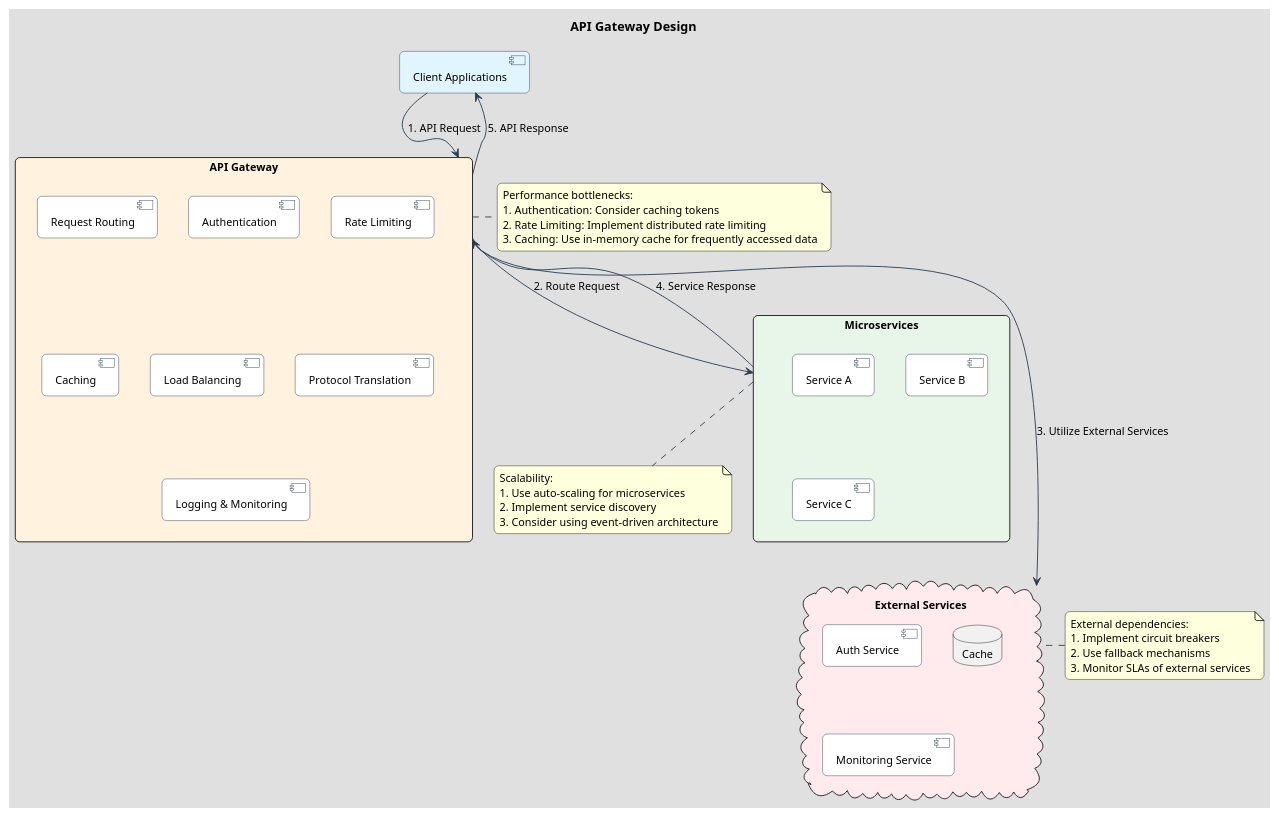
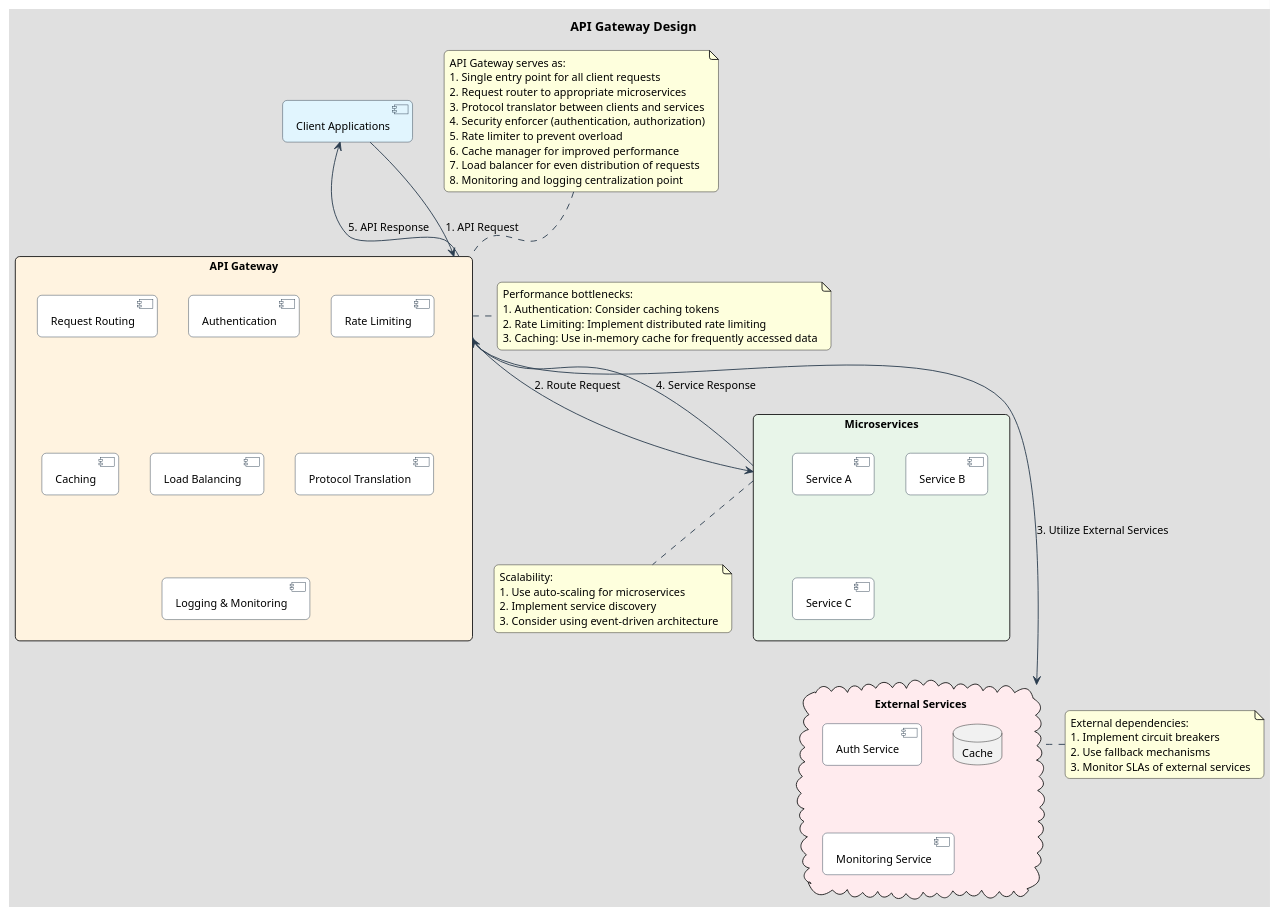
One commit to huangyingw/system_design changed the diagram in api_gateway_design.puml. Above: the diagram before and after it, drawn with PlantUML.

```diff
--- a/api_gateway_design.puml
+++ b/api_gateway_design.puml
@@ -1,70 +1,82 @@
 @startuml API Gateway Design
 
 allowmixing
 
 skinparam {
     backgroundColor #E0E0E0
     handwritten false
     defaultFontName Arial
     defaultFontSize 12
     roundcorner 10
     shadowing false
     ArrowColor #2C3E50
     ComponentBorderColor #2C3E50
     ComponentBackgroundColor #FFFFFF
 }
 
 title API Gateway Design
 
 component "Client Applications" as Client #E1F5FE
 
 rectangle "API Gateway" as Gateway #FFF3E0 {
     component "Request Routing" as Routing
     component "Authentication" as Auth
     component "Rate Limiting" as RateLimit
     component "Caching" as Cache
     component "Load Balancing" as LoadBalance
     component "Protocol Translation" as Protocol
     component "Logging & Monitoring" as Logging
 }
 
 rectangle "Microservices" as Services #E8F5E9 {
     component "Service A" as ServiceA
     component "Service B" as ServiceB
     component "Service C" as ServiceC
 }
 
 cloud "External Services" as External #FFEBEE {
     component "Auth Service" as AuthService
     database "Cache" as CacheDB
     component "Monitoring Service" as MonitorService
 }
 
 Client -down-> Gateway : 1. API Request
 Gateway -down-> Services : 2. Route Request
 Gateway -right-> External : 3. Utilize External Services
 Services -up-> Gateway : 4. Service Response
 Gateway -up-> Client : 5. API Response
 
+note top of Gateway
+  API Gateway serves as:
+  1. Single entry point for all client requests
+  2. Request router to appropriate microservices
+  3. Protocol translator between clients and services
+  4. Security enforcer (authentication, authorization)
+  5. Rate limiter to prevent overload
+  6. Cache manager for improved performance
+  7. Load balancer for even distribution of requests
+  8. Monitoring and logging centralization point
+end note
+
 note right of Gateway
   Performance bottlenecks:
   1. Authentication: Consider caching tokens
   2. Rate Limiting: Implement distributed rate limiting
   3. Caching: Use in-memory cache for frequently accessed data
 end note
 
 note bottom of Services
   Scalability:
   1. Use auto-scaling for microservices
   2. Implement service discovery
   3. Consider using event-driven architecture
 end note
 
 note left of External
   External dependencies:
   1. Implement circuit breakers
   2. Use fallback mechanisms
   3. Monitor SLAs of external services
 end note
 
 @enduml
```
